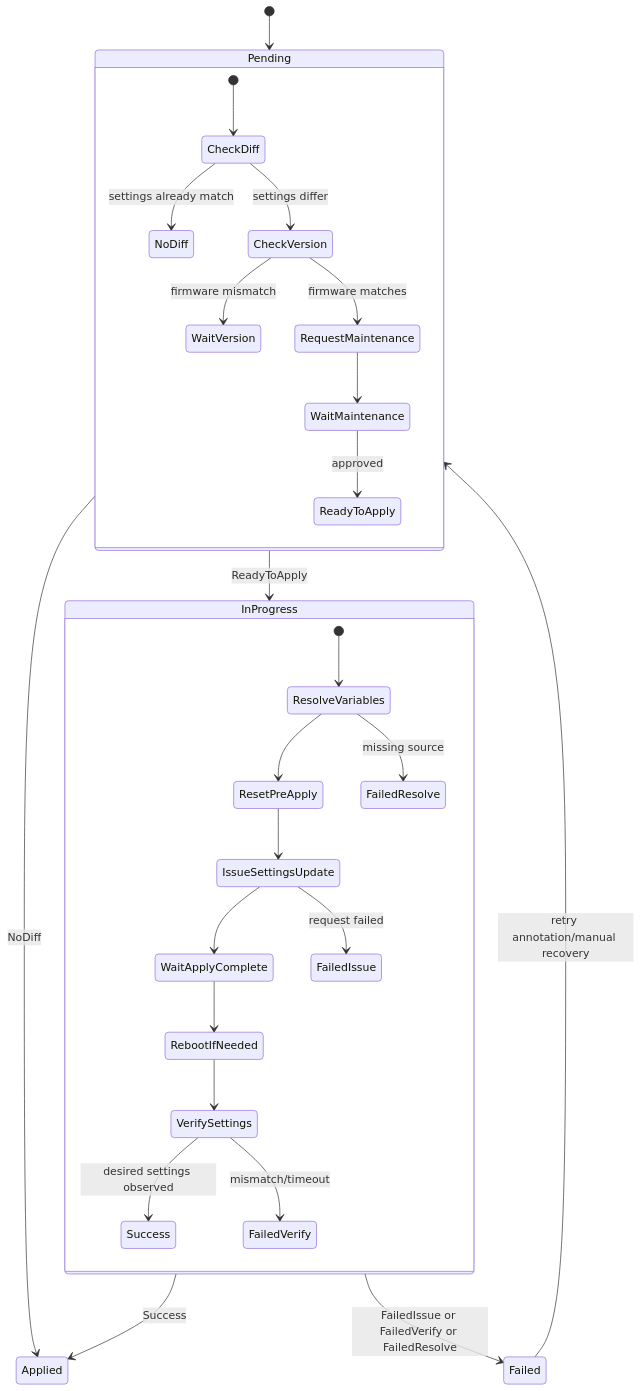
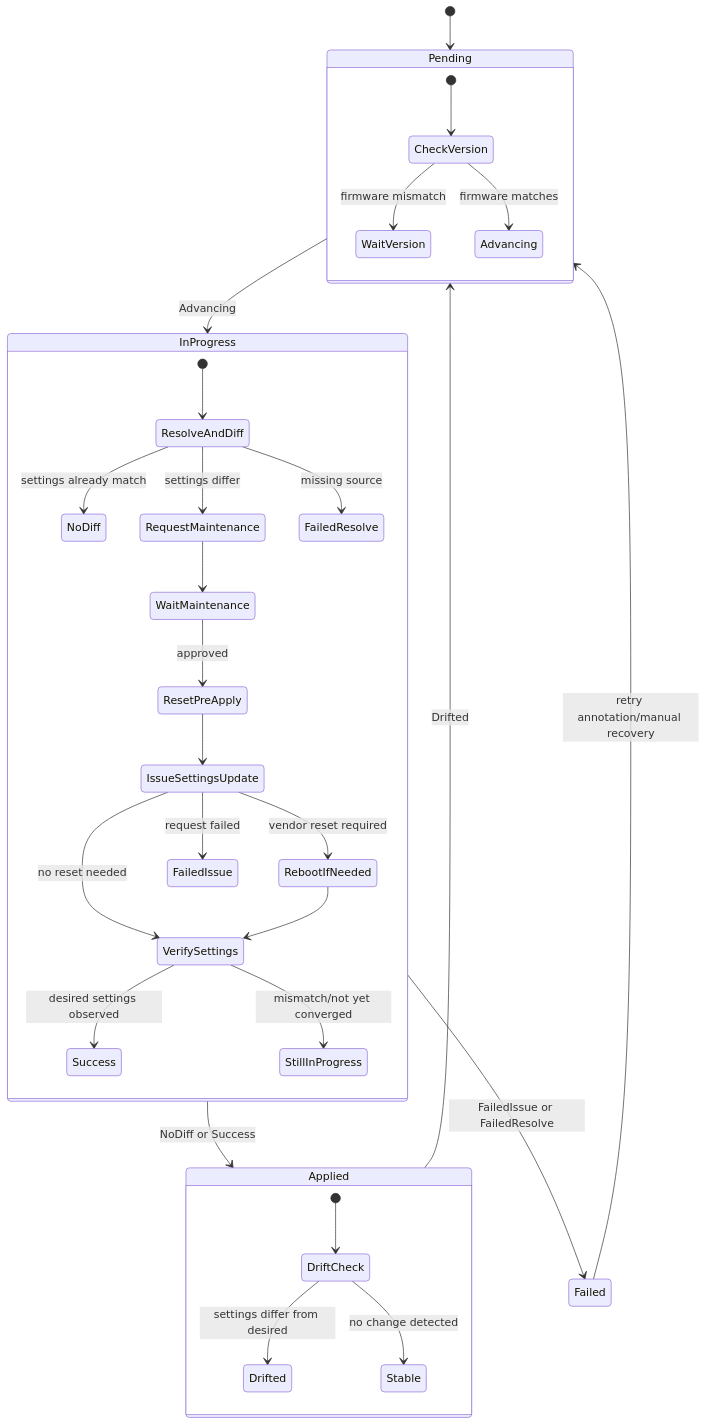
Before and after one commit to ironcore-dev/metal-operator: the diagram in docs/concepts/bmcsettings.md, drawn with Mermaid. The commit also changed other lines of this file and 4 other files, not shown here.

````diff
--- a/docs/concepts/bmcsettings.md
+++ b/docs/concepts/bmcsettings.md
@@ -69,34 +73,40 @@
 ```mermaid
 stateDiagram-v2
     [*] --> Pending
 
     state Pending {
-      [*] --> CheckDiff
-      CheckDiff --> NoDiff: settings already match
-      CheckDiff --> CheckVersion: settings differ
+      [*] --> CheckVersion
       CheckVersion --> WaitVersion: firmware mismatch
-      CheckVersion --> RequestMaintenance: firmware matches
-      RequestMaintenance --> WaitMaintenance
-      WaitMaintenance --> ReadyToApply: approved
+      CheckVersion --> Advancing: firmware matches
     }
 
-    Pending --> Applied: NoDiff
-    Pending --> InProgress: ReadyToApply
+    Pending --> InProgress: Advancing
 
     state InProgress {
-      [*] --> ResolveVariables
-      ResolveVariables --> ResetPreApply
+      [*] --> ResolveAndDiff
+      ResolveAndDiff --> NoDiff: settings already match
+      ResolveAndDiff --> RequestMaintenance: settings differ
+      RequestMaintenance --> WaitMaintenance
+      WaitMaintenance --> ResetPreApply: approved
       ResetPreApply --> IssueSettingsUpdate
-      IssueSettingsUpdate --> WaitApplyComplete
-      WaitApplyComplete --> RebootIfNeeded
+      IssueSettingsUpdate --> RebootIfNeeded: vendor reset required
+      IssueSettingsUpdate --> VerifySettings: no reset needed
       RebootIfNeeded --> VerifySettings
       VerifySettings --> Success: desired settings observed
-      VerifySettings --> FailedVerify: mismatch/timeout
+      VerifySettings --> StillInProgress: mismatch/not yet converged
       IssueSettingsUpdate --> FailedIssue: request failed
-      ResolveVariables --> FailedResolve: missing source
+      ResolveAndDiff --> FailedResolve: missing source
     }
 
-    InProgress --> Applied: Success
-    InProgress --> Failed: FailedIssue or FailedVerify or FailedResolve
+    InProgress --> Applied: NoDiff or Success
+    InProgress --> Failed: FailedIssue or FailedResolve
+
+    state Applied {
+      [*] --> DriftCheck
+      DriftCheck --> Drifted: settings differ from desired
+      DriftCheck --> Stable: no change detected
+    }
+
+    Applied --> Pending: Drifted
     Failed --> Pending: retry annotation/manual recovery
 ```
````
